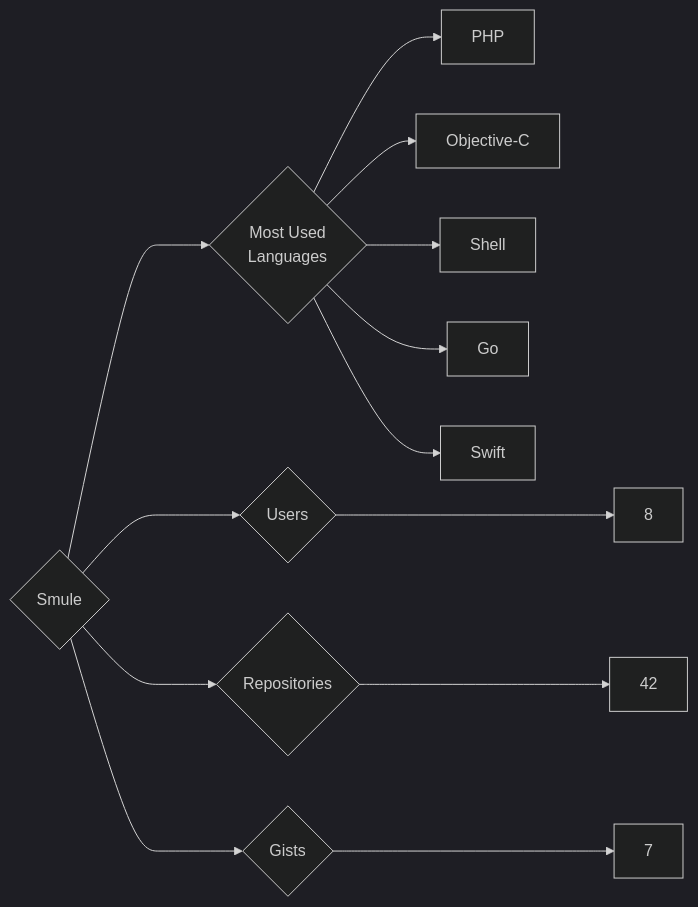
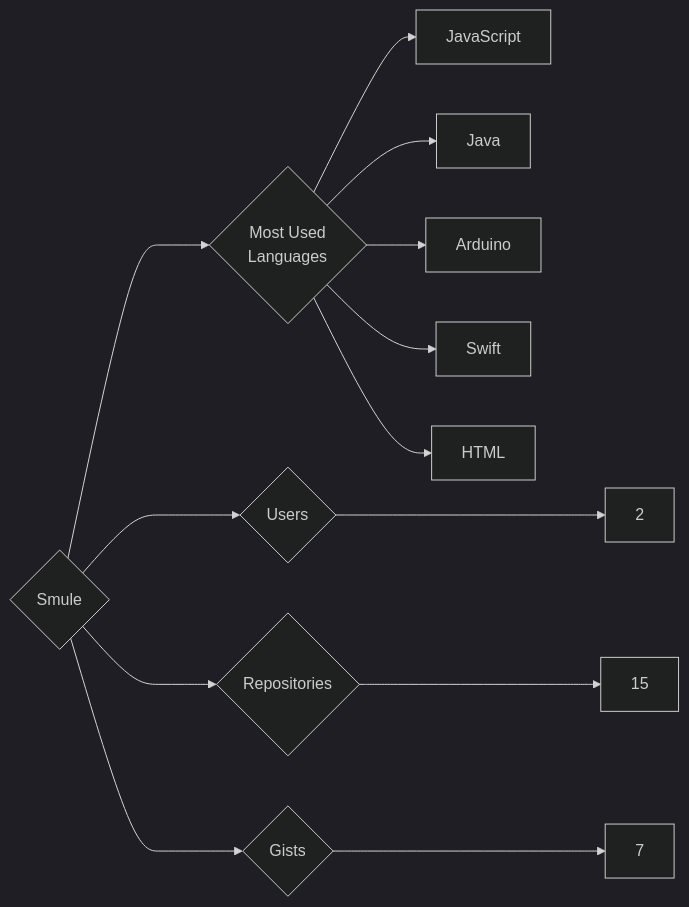
One commit to trickest/insiders changed the diagram in targets/Smule/README.md. Above: the diagram before and after it, drawn with Mermaid (dark theme). The commit also changed 823 other files, not shown here.

````diff
--- a/targets/Smule/README.md
+++ b/targets/Smule/README.md
@@ -3,13 +3,13 @@
 ```mermaid
 graph LR
 COMPANY_NAME{Smule}
-COMPANY_NAME ---> U{Users} ---> UN[8]
-COMPANY_NAME ---> R{Repositories} ---> RN[42]
+COMPANY_NAME ---> U{Users} ---> UN[2]
+COMPANY_NAME ---> R{Repositories} ---> RN[15]
 COMPANY_NAME ---> G{Gists} ---> GN[7]
 COMPANY_NAME ---> ML{Most Used<br>Languages}
-ML --> PHP[PHP]
-ML --> Objective-C[Objective-C]
-ML --> Shell[Shell]
-ML --> Go[Go]
+ML --> JavaScript[JavaScript]
+ML --> Java[Java]
+ML --> Arduino[Arduino]
 ML --> Swift[Swift]
+ML --> HTML[HTML]
 ```
````
